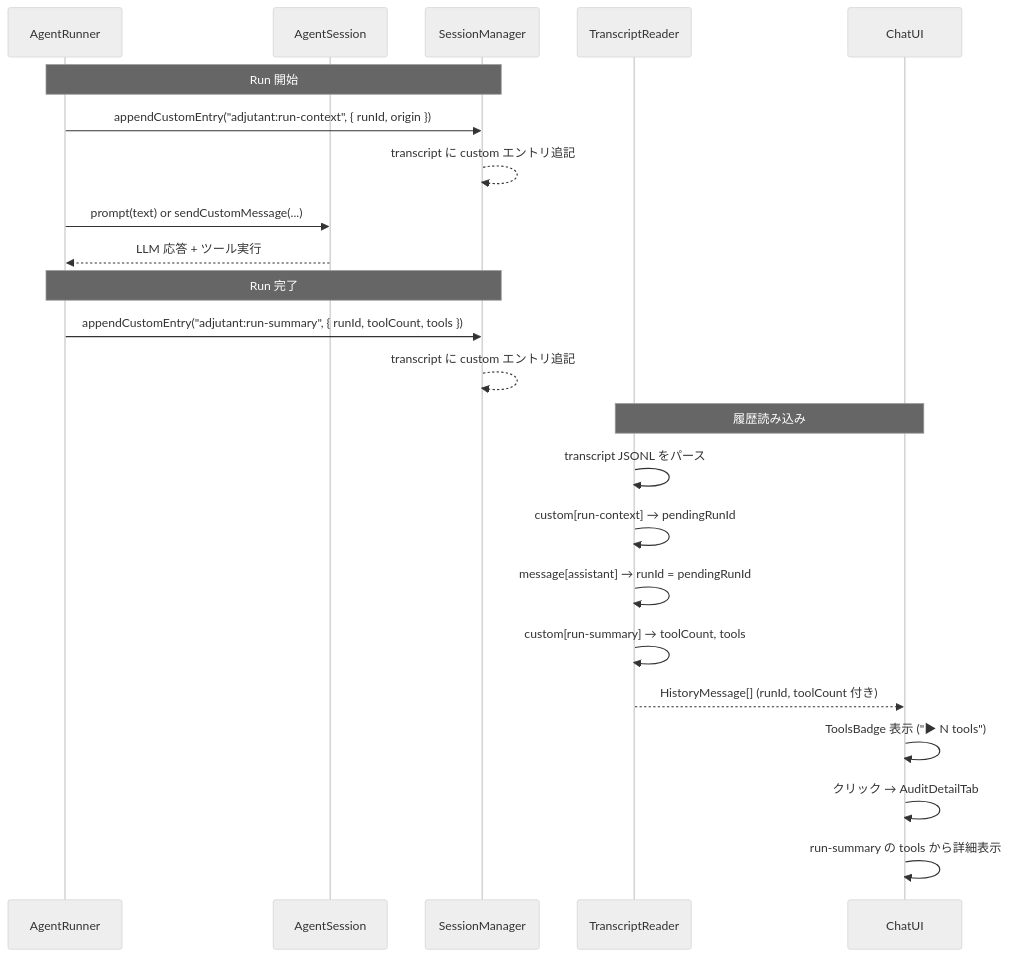
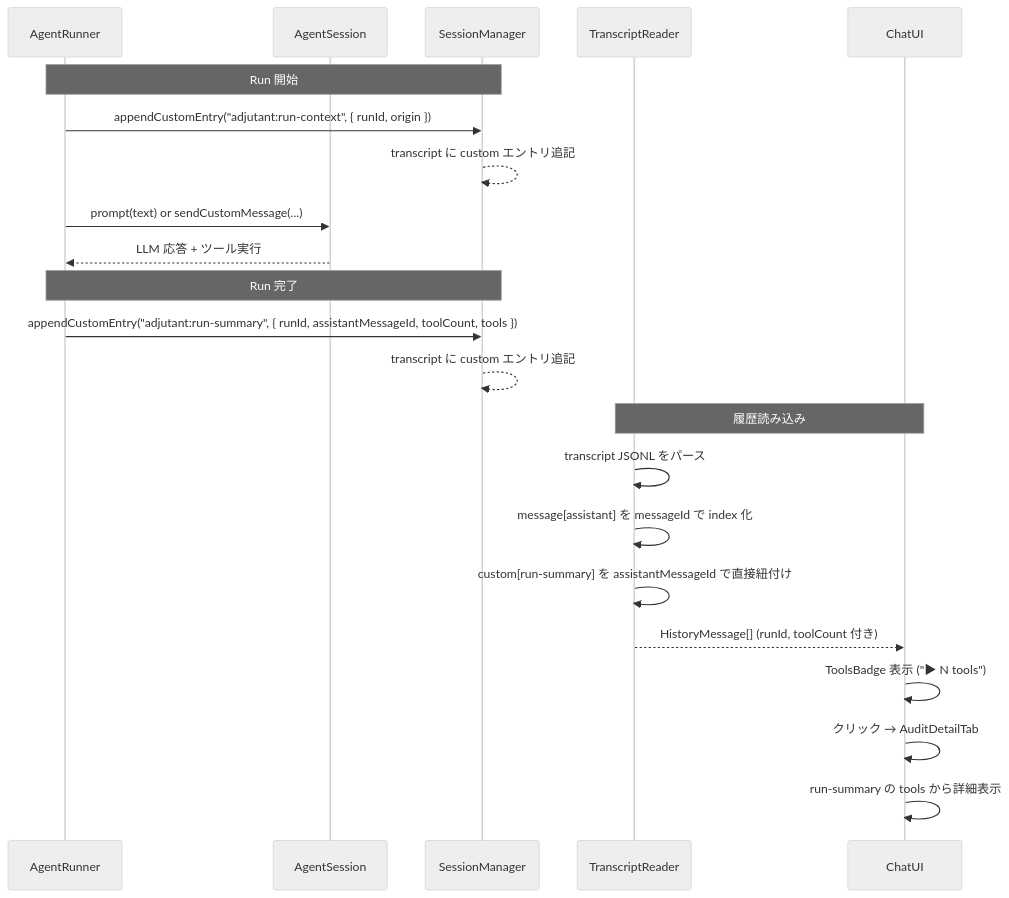
The first of 3 diagrams in doc/plan/260223-s06-transcript-embedded-run-metadata.md (masahide/adjutant), drawn with Mermaid (neutral theme) before and after one commit. The commit also changed other lines of this file and 3 other files, not shown here.

````diff
--- a/doc/plan/260223-s06-transcript-embedded-run-metadata.md
+++ b/doc/plan/260223-s06-transcript-embedded-run-metadata.md
@@ -286,30 +332,29 @@
 ```mermaid
 sequenceDiagram
     participant AR as AgentRunner
     participant AS as AgentSession
     participant SM as SessionManager
     participant TR as TranscriptReader
     participant UI as ChatUI
 
     Note over AR,SM: Run 開始
     AR->>SM: appendCustomEntry("adjutant:run-context", { runId, origin })
     SM-->>SM: transcript に custom エントリ追記
 
     AR->>AS: prompt(text) or sendCustomMessage(...)
     AS-->>AR: LLM 応答 + ツール実行
 
     Note over AR,SM: Run 完了
-    AR->>SM: appendCustomEntry("adjutant:run-summary", { runId, toolCount, tools })
+    AR->>SM: appendCustomEntry("adjutant:run-summary", { runId, assistantMessageId, toolCount, tools })
     SM-->>SM: transcript に custom エントリ追記
 
     Note over TR,UI: 履歴読み込み
     TR->>TR: transcript JSONL をパース
-    TR->>TR: custom[run-context] → pendingRunId
-    TR->>TR: message[assistant] → runId = pendingRunId
-    TR->>TR: custom[run-summary] → toolCount, tools
+    TR->>TR: message[assistant] を messageId で index 化
+    TR->>TR: custom[run-summary] を assistantMessageId で直接紐付け
     TR-->>UI: HistoryMessage[] (runId, toolCount 付き)
 
     UI->>UI: ToolsBadge 表示 ("▶ N tools")
     UI->>UI: クリック → AuditDetailTab
     UI->>UI: run-summary の tools から詳細表示
 ```
````
